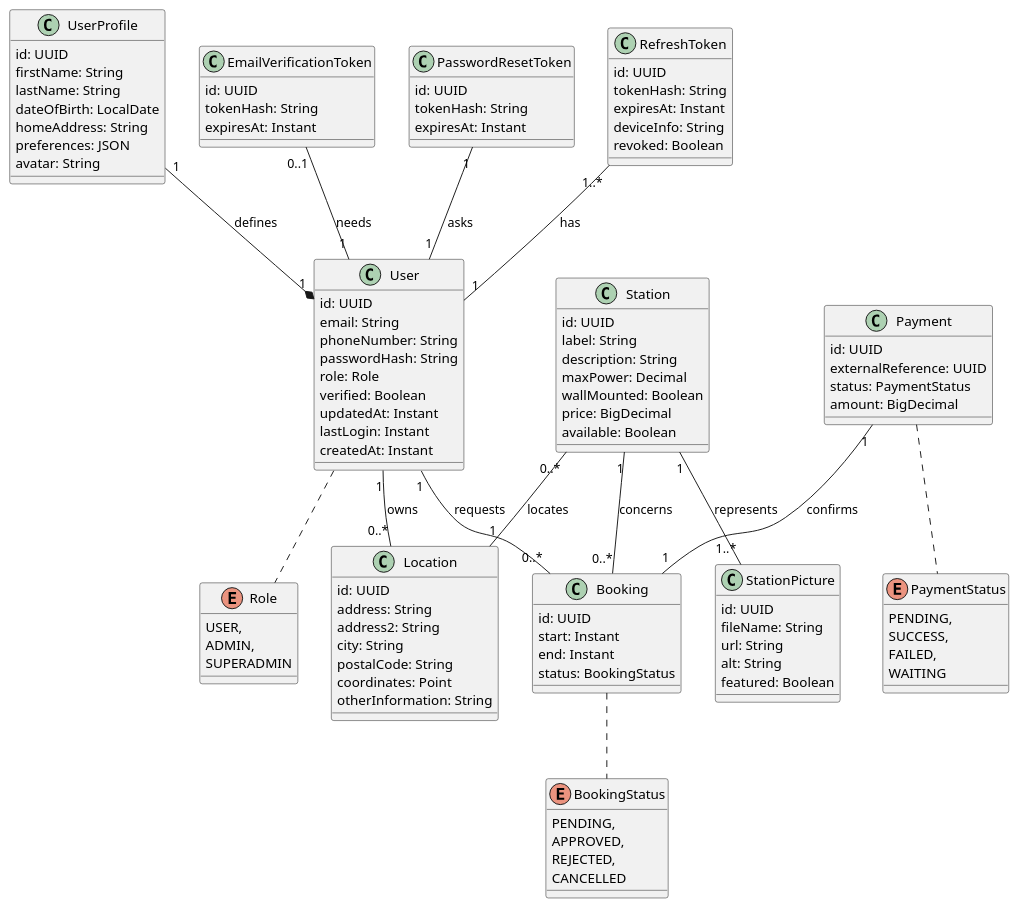
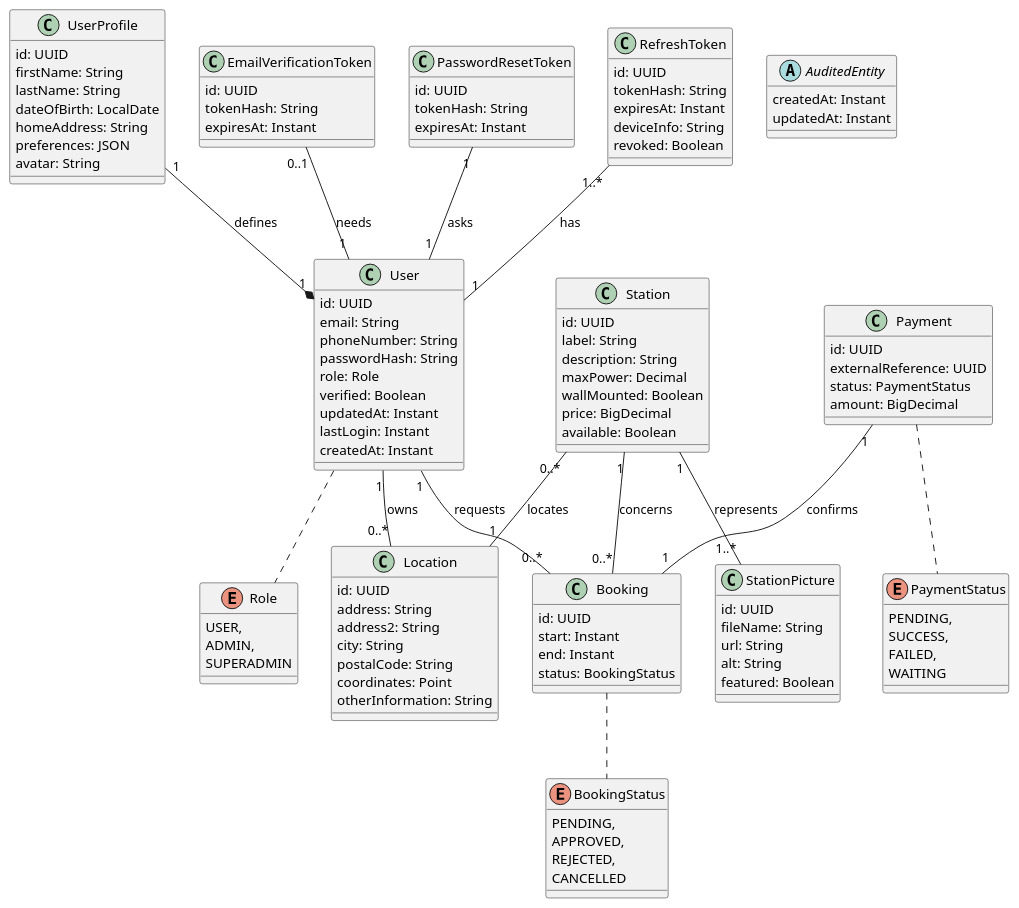
The diagram in assets/class_diagram.puml (mlangumier/electricity-business-backend), drawn with PlantUML before and after one commit. The commit also changed 3 other files, not shown here.

Commit message:
Refactor: rebase & updated Class Diagram

```diff
--- a/assets/class_diagram.puml
+++ b/assets/class_diagram.puml
@@ -1,122 +1,127 @@
 @startuml
 
 enum Role {
     USER,
     ADMIN,
     SUPERADMIN
 }
 
 enum BookingStatus {
     PENDING,
     APPROVED,
     REJECTED,
     CANCELLED
 }
 
 enum PaymentStatus {
     PENDING,
     SUCCESS,
     FAILED,
     WAITING
+}
+
+abstract class AuditedEntity {
+  createdAt: Instant
+  updatedAt: Instant
 }
 
 class User {
     id: UUID
     email: String
     phoneNumber: String
     passwordHash: String
     role: Role
     verified: Boolean
     updatedAt: Instant
     lastLogin: Instant
     createdAt: Instant
 }
 
 class UserProfile {
     id: UUID
     firstName: String
     lastName: String
     dateOfBirth: LocalDate
     homeAddress: String
     preferences: JSON
     avatar: String
 }
 
 class Location {
     id: UUID
     address: String
     address2: String
     city: String
     postalCode: String
     coordinates: Point
     otherInformation: String
 }
 
 class Station {
     id: UUID
     label: String
     description: String
     maxPower: Decimal
     wallMounted: Boolean
     price: BigDecimal
     available: Boolean
 }
 
 class StationPicture {
     id: UUID
     fileName: String
     url: String
     alt: String
     featured: Boolean
 }
 
 class Booking {
     id: UUID
     start: Instant
     end: Instant
     status: BookingStatus
 }
 
 class Payment {
     id: UUID
     externalReference: UUID
     status: PaymentStatus
     amount: BigDecimal
 }
 
 class EmailVerificationToken {
     id: UUID
     tokenHash: String
     expiresAt: Instant
 }
 
 class PasswordResetToken {
     id: UUID
     tokenHash: String
     expiresAt: Instant
 }
 
 class RefreshToken {
     id: UUID
     tokenHash: String
     expiresAt: Instant
     deviceInfo: String
     revoked: Boolean
 }
 
 UserProfile "1" --* "1" User: defines
 User "1" -- "0..*" Location: owns
 Station "0..*" -- "1" Location: locates
 Station "1" -- "1..*" StationPicture: represents
 Station "1" -- "0..*" Booking: concerns
 User "1" -- "0..*" Booking: requests
 Payment "1" -- "1" Booking: confirms
 EmailVerificationToken "0..1" -- "1" User: needs
 PasswordResetToken "1" -- "1" User: asks
 RefreshToken "1..*" -- "1" User: has
 
 User .. Role
 Booking .. BookingStatus
 Payment .. PaymentStatus
 
 @enduml
```
